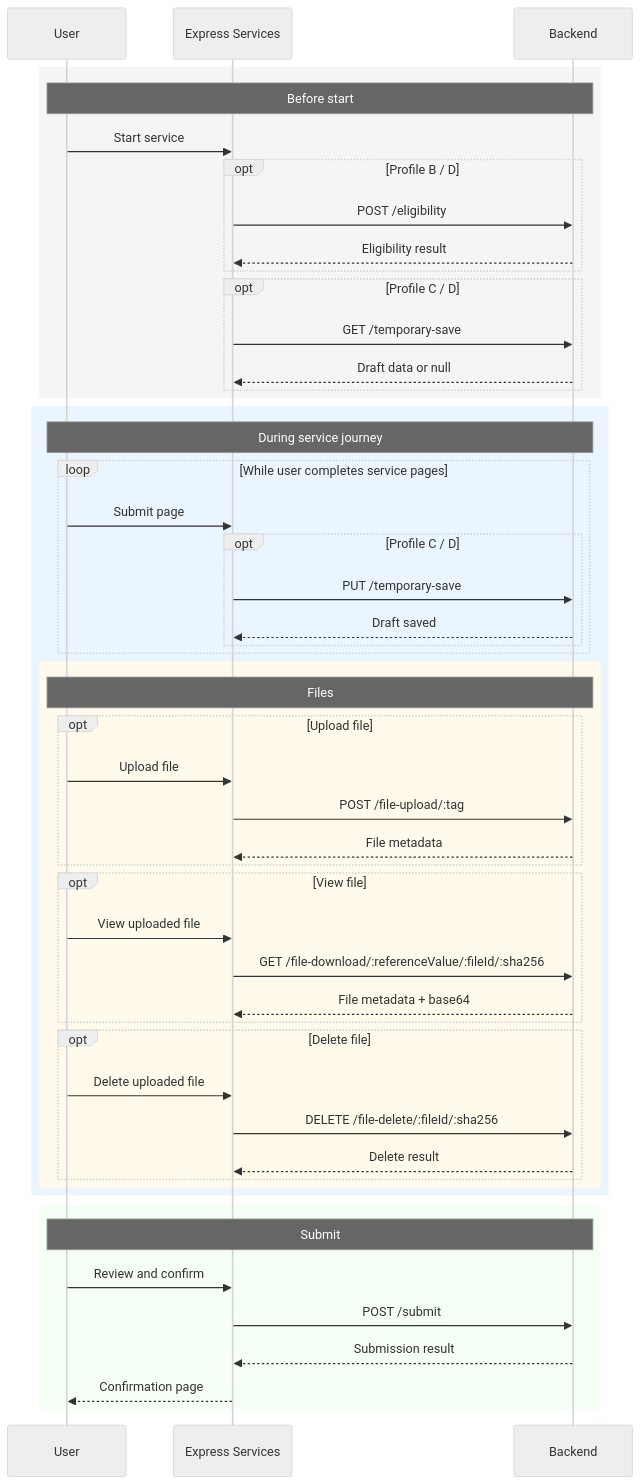
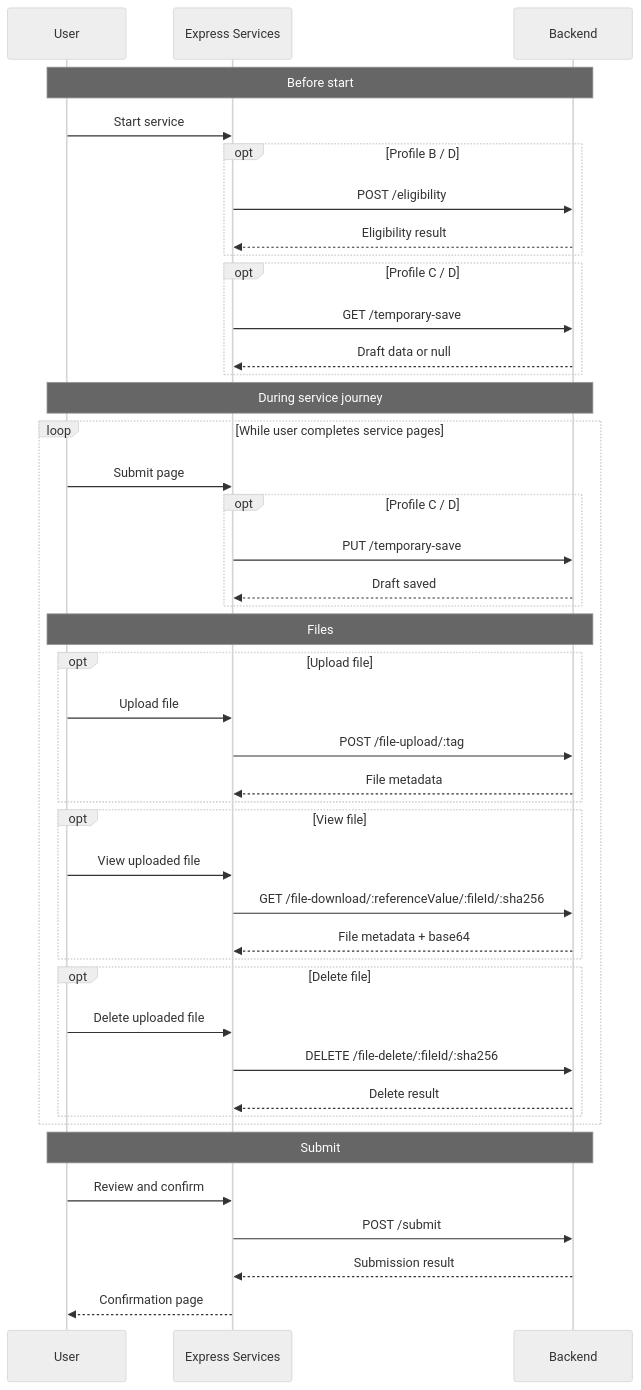
The diagram in docs/Backend-integration-specification.md (gov-cy/govcy-express-services), drawn with Mermaid (neutral theme) before and after one commit. The commit also changed other lines of this file and 2 other files, not shown here.

Commit message:
Update backend integration documentation

````diff
--- a/docs/Backend-integration-specification.md
+++ b/docs/Backend-integration-specification.md
@@ -194,59 +194,51 @@
 ```mermaid
 sequenceDiagram
     participant User
     participant ExpressServices as Express Services
     participant Backend
 
-    rect rgb(245, 245, 245)
-        Note over User,Backend: Before start
-        User->>ExpressServices: Start service
-        opt Profile B / D
-            ExpressServices->>Backend: POST /eligibility
-            Backend-->>ExpressServices: Eligibility result
+    Note over User,Backend: Before start
+    User->>ExpressServices: Start service
+    opt Profile B / D
+        ExpressServices->>Backend: POST /eligibility
+        Backend-->>ExpressServices: Eligibility result
+    end
+    opt Profile C / D
+        ExpressServices->>Backend: GET /temporary-save
+        Backend-->>ExpressServices: Draft data or null
+    end
+
+    Note over User,Backend: During service journey
+    loop While user completes service pages
+        User->>ExpressServices: Submit page
+        opt Profile C / D
+            ExpressServices->>Backend: PUT /temporary-save
+            Backend-->>ExpressServices: Draft saved
         end
-        opt Profile C / D
-            ExpressServices->>Backend: GET /temporary-save
-            Backend-->>ExpressServices: Draft data or null
+
+        Note over User,Backend: Files
+        opt Upload file
+            User->>ExpressServices: Upload file
+            ExpressServices->>Backend: POST /file-upload/:tag
+            Backend-->>ExpressServices: File metadata
+        end
+
+        opt View file
+            User->>ExpressServices: View uploaded file
+            ExpressServices->>Backend: GET /file-download/:referenceValue/:fileId/:sha256
+            Backend-->>ExpressServices: File metadata + base64
+        end
+
+        opt Delete file
+            User->>ExpressServices: Delete uploaded file
+            ExpressServices->>Backend: DELETE /file-delete/:fileId/:sha256
+            Backend-->>ExpressServices: Delete result
         end
     end
 
-    rect rgb(235, 245, 255)
-        Note over User,Backend: During service journey
-        loop While user completes service pages
-            User->>ExpressServices: Submit page
-            opt Profile C / D
-                ExpressServices->>Backend: PUT /temporary-save
-                Backend-->>ExpressServices: Draft saved
-            end
-        end
-
-        rect rgb(255, 250, 235)
-            Note over User,Backend: Files
-            opt Upload file
-                User->>ExpressServices: Upload file
-                ExpressServices->>Backend: POST /file-upload/:tag
-                Backend-->>ExpressServices: File metadata
-            end
-
-            opt View file
-                User->>ExpressServices: View uploaded file
-                ExpressServices->>Backend: GET /file-download/:referenceValue/:fileId/:sha256
-                Backend-->>ExpressServices: File metadata + base64
-            end
-
-            opt Delete file
-                User->>ExpressServices: Delete uploaded file
-                ExpressServices->>Backend: DELETE /file-delete/:fileId/:sha256
-                Backend-->>ExpressServices: Delete result
-            end
-        end
-    end
-
-    rect rgb(245, 255, 245)
-        Note over User,Backend: Submit
-        User->>ExpressServices: Review and confirm
-        ExpressServices->>Backend: POST /submit
-        Backend-->>ExpressServices: Submission result
-        ExpressServices-->>User: Confirmation page
-    end
+    Note over User,Backend: Submit
+    User->>ExpressServices: Review and confirm
+    ExpressServices->>Backend: POST /submit
+    Backend-->>ExpressServices: Submission result
+    ExpressServices-->>User: Confirmation page
 ```
````
